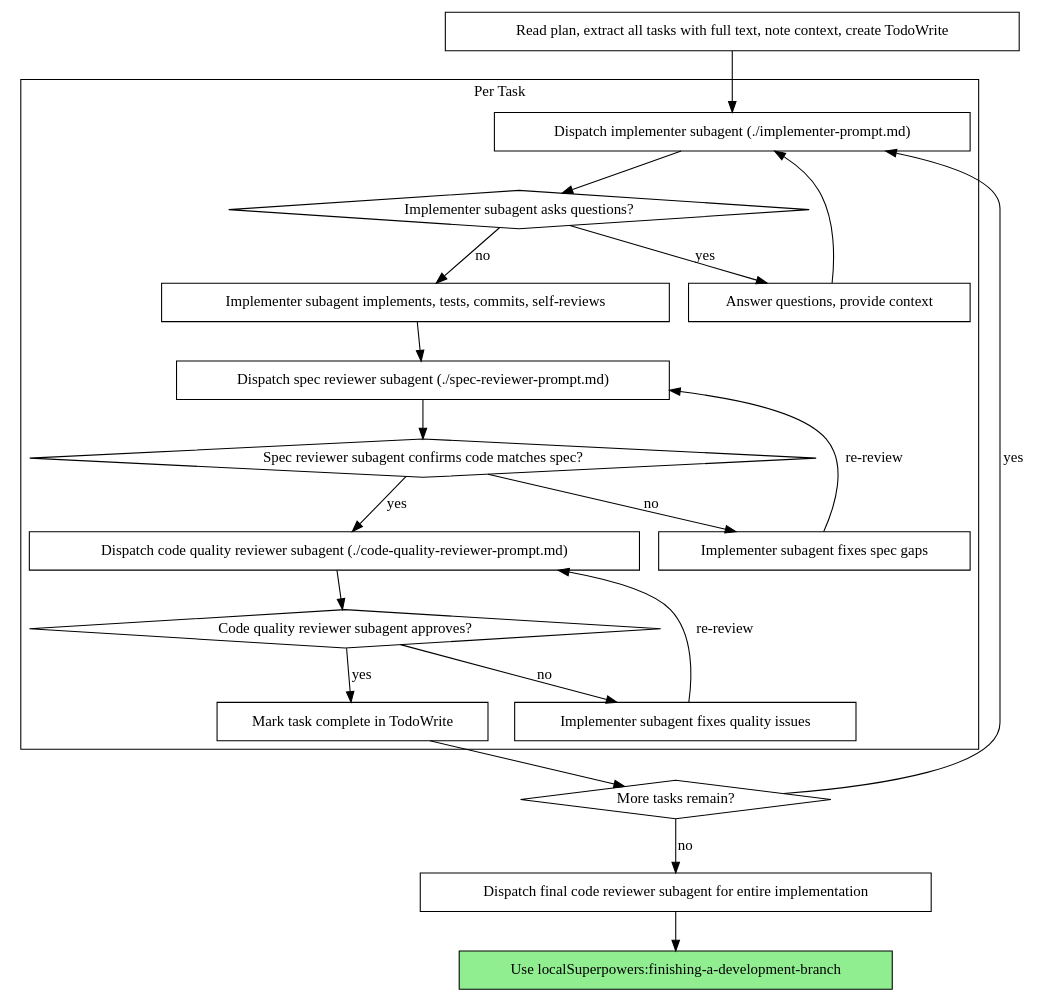
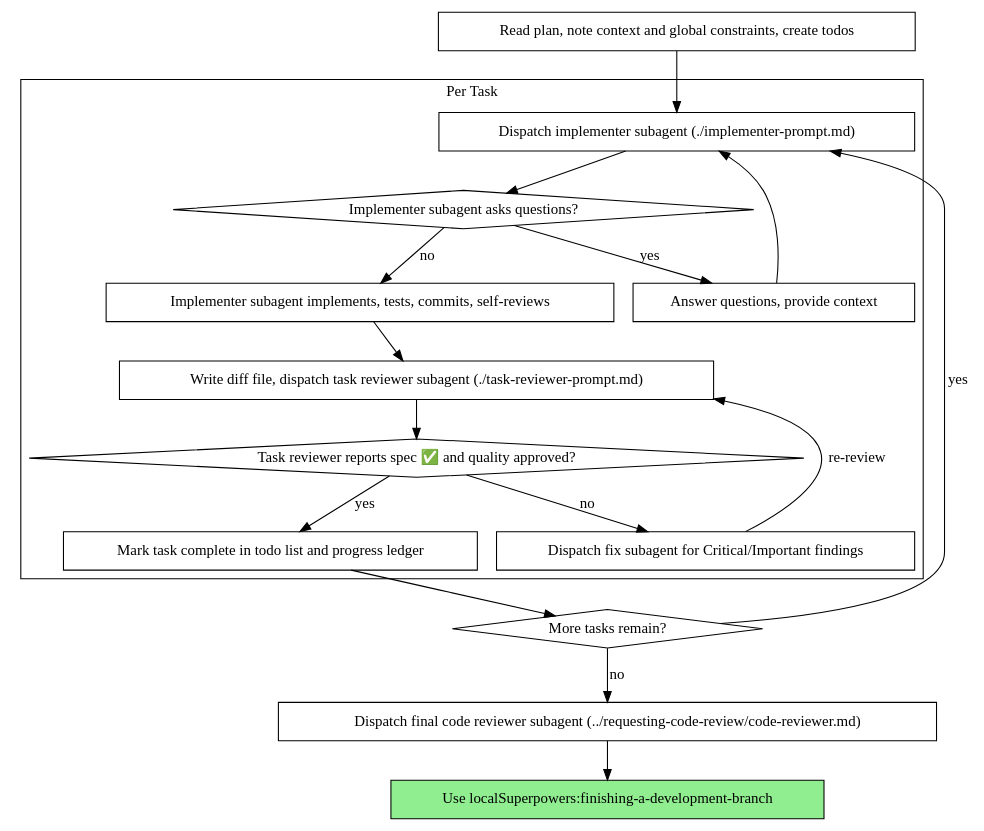
One commit to antonnykytenko/localSuperpowers changed the second of 2 diagrams in skills/subagent-driven-development/SKILL.md. Above: the diagram before and after it, drawn with Graphviz. The commit also changed other lines of this file and 129 other files, not shown here.

````diff
--- a/skills/subagent-driven-development/SKILL.md
+++ b/skills/subagent-driven-development/SKILL.md
@@ -44,44 +47,37 @@
 ```dot
 digraph process {
     rankdir=TB;
 
     subgraph cluster_per_task {
         label="Per Task";
         "Dispatch implementer subagent (./implementer-prompt.md)" [shape=box];
         "Implementer subagent asks questions?" [shape=diamond];
         "Answer questions, provide context" [shape=box];
         "Implementer subagent implements, tests, commits, self-reviews" [shape=box];
-        "Dispatch spec reviewer subagent (./spec-reviewer-prompt.md)" [shape=box];
-        "Spec reviewer subagent confirms code matches spec?" [shape=diamond];
-        "Implementer subagent fixes spec gaps" [shape=box];
-        "Dispatch code quality reviewer subagent (./code-quality-reviewer-prompt.md)" [shape=box];
-        "Code quality reviewer subagent approves?" [shape=diamond];
-        "Implementer subagent fixes quality issues" [shape=box];
-        "Mark task complete in TodoWrite" [shape=box];
+        "Write diff file, dispatch task reviewer subagent (./task-reviewer-prompt.md)" [shape=box];
+        "Task reviewer reports spec ✅ and quality approved?" [shape=diamond];
+        "Dispatch fix subagent for Critical/Important findings" [shape=box];
+        "Mark task complete in todo list and progress ledger" [shape=box];
     }
 
-    "Read plan, extract all tasks with full text, note context, create TodoWrite" [shape=box];
+    "Read plan, note context and global constraints, create todos" [shape=box];
     "More tasks remain?" [shape=diamond];
-    "Dispatch final code reviewer subagent for entire implementation" [shape=box];
+    "Dispatch final code reviewer subagent (../requesting-code-review/code-reviewer.md)" [shape=box];
     "Use localSuperpowers:finishing-a-development-branch" [shape=box style=filled fillcolor=lightgreen];
 
-    "Read plan, extract all tasks with full text, note context, create TodoWrite" -> "Dispatch implementer subagent (./implementer-prompt.md)";
+    "Read plan, note context and global constraints, create todos" -> "Dispatch implementer subagent (./implementer-prompt.md)";
     "Dispatch implementer subagent (./implementer-prompt.md)" -> "Implementer subagent asks questions?";
     "Implementer subagent asks questions?" -> "Answer questions, provide context" [label="yes"];
     "Answer questions, provide context" -> "Dispatch implementer subagent (./implementer-prompt.md)";
     "Implementer subagent asks questions?" -> "Implementer subagent implements, tests, commits, self-reviews" [label="no"];
-    "Implementer subagent implements, tests, commits, self-reviews" -> "Dispatch spec reviewer subagent (./spec-reviewer-prompt.md)";
-    "Dispatch spec reviewer subagent (./spec-reviewer-prompt.md)" -> "Spec reviewer subagent confirms code matches spec?";
-    "Spec reviewer subagent confirms code matches spec?" -> "Implementer subagent fixes spec gaps" [label="no"];
-    "Implementer subagent fixes spec gaps" -> "Dispatch spec reviewer subagent (./spec-reviewer-prompt.md)" [label="re-review"];
-    "Spec reviewer subagent confirms code matches spec?" -> "Dispatch code quality reviewer subagent (./code-quality-reviewer-prompt.md)" [label="yes"];
-    "Dispatch code quality reviewer subagent (./code-quality-reviewer-prompt.md)" -> "Code quality reviewer subagent approves?";
-    "Code quality reviewer subagent approves?" -> "Implementer subagent fixes quality issues" [label="no"];
-    "Implementer subagent fixes quality issues" -> "Dispatch code quality reviewer subagent (./code-quality-reviewer-prompt.md)" [label="re-review"];
-    "Code quality reviewer subagent approves?" -> "Mark task complete in TodoWrite" [label="yes"];
-    "Mark task complete in TodoWrite" -> "More tasks remain?";
+    "Implementer subagent implements, tests, commits, self-reviews" -> "Write diff file, dispatch task reviewer subagent (./task-reviewer-prompt.md)";
+    "Write diff file, dispatch task reviewer subagent (./task-reviewer-prompt.md)" -> "Task reviewer reports spec ✅ and quality approved?";
+    "Task reviewer reports spec ✅ and quality approved?" -> "Dispatch fix subagent for Critical/Important findings" [label="no"];
+    "Dispatch fix subagent for Critical/Important findings" -> "Write diff file, dispatch task reviewer subagent (./task-reviewer-prompt.md)" [label="re-review"];
+    "Task reviewer reports spec ✅ and quality approved?" -> "Mark task complete in todo list and progress ledger" [label="yes"];
+    "Mark task complete in todo list and progress ledger" -> "More tasks remain?";
     "More tasks remain?" -> "Dispatch implementer subagent (./implementer-prompt.md)" [label="yes"];
-    "More tasks remain?" -> "Dispatch final code reviewer subagent for entire implementation" [label="no"];
-    "Dispatch final code reviewer subagent for entire implementation" -> "Use localSuperpowers:finishing-a-development-branch";
+    "More tasks remain?" -> "Dispatch final code reviewer subagent (../requesting-code-review/code-reviewer.md)" [label="no"];
+    "Dispatch final code reviewer subagent (../requesting-code-review/code-reviewer.md)" -> "Use localSuperpowers:finishing-a-development-branch";
 }
 ```
````
